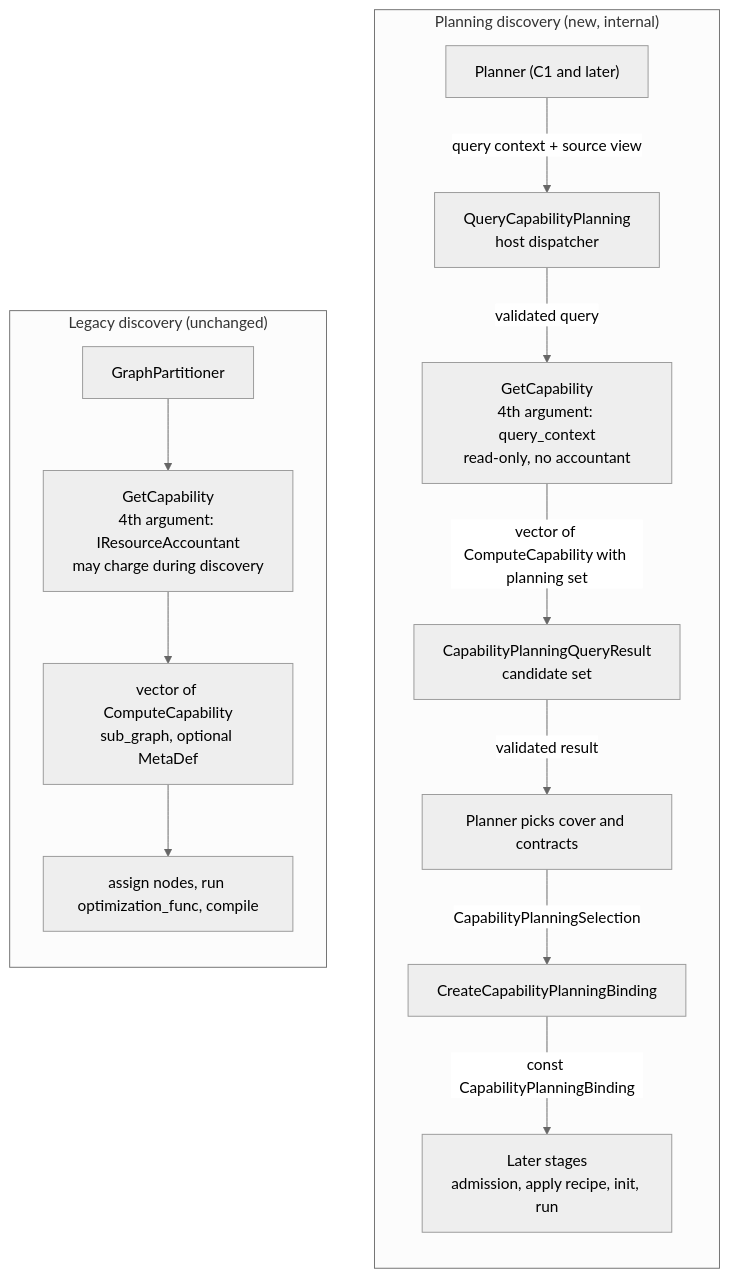
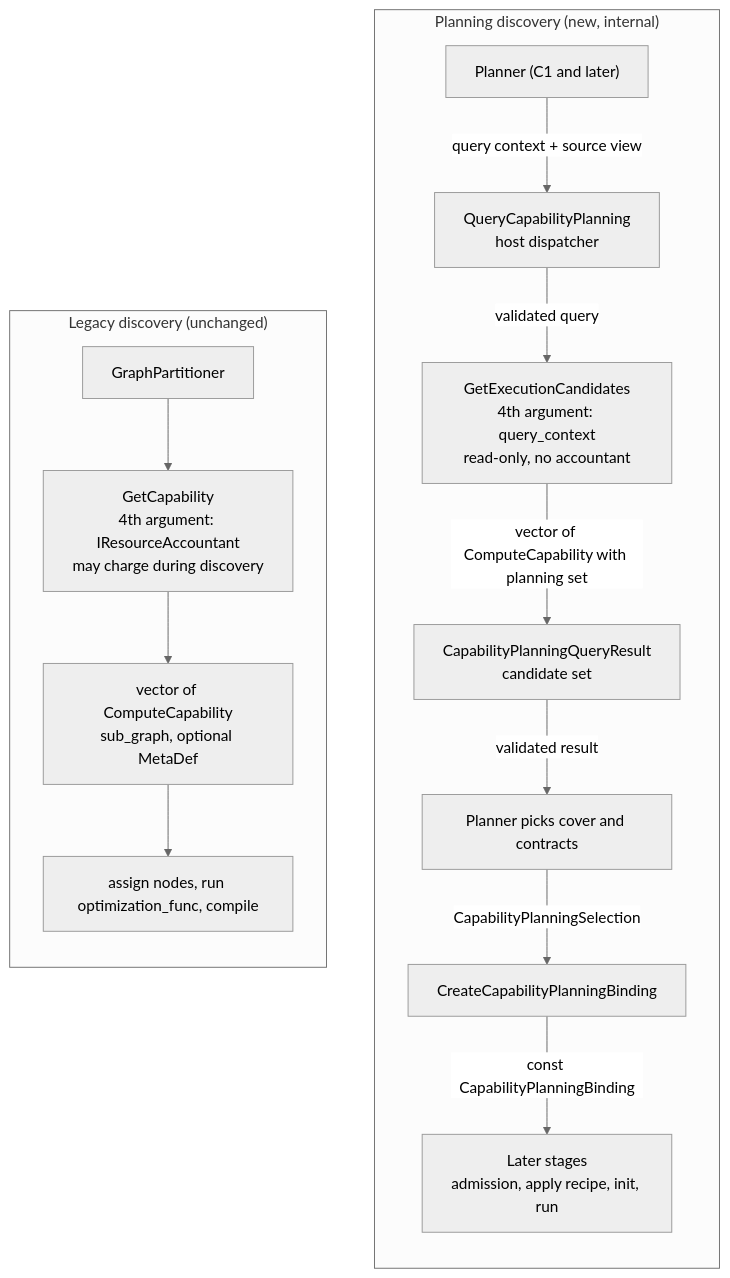
One commit to microsoft/onnxruntime changed the first of 7 diagrams in docs/annotated_partitioning/capability_planning_interfaces.md. Above: the diagram before and after it, drawn with Mermaid (neutral theme). The commit also changed other lines of this file and 1 other file, not shown here.

````diff
--- a/docs/annotated_partitioning/capability_planning_interfaces.md
+++ b/docs/annotated_partitioning/capability_planning_interfaces.md
@@ -115,21 +124,21 @@
 ```mermaid
 flowchart LR
   subgraph LEG["Legacy discovery (unchanged)"]
     direction TB
     L1["GraphPartitioner"]
     L2["GetCapability<br/>4th argument: IResourceAccountant<br/>may charge during discovery"]
     L1 --> L2
     L2 --> L3["vector of ComputeCapability<br/>sub_graph, optional MetaDef"]
     L3 --> L4["assign nodes, run optimization_func, compile"]
   end
   subgraph PLN["Planning discovery (new, internal)"]
     direction TB
     P1["Planner (C1 and later)"] -->|"query context + source view"| P2["QueryCapabilityPlanning<br/>host dispatcher"]
-    P2 -->|"validated query"| P3["GetCapability<br/>4th argument: query_context<br/>read-only, no accountant"]
+    P2 -->|"validated query"| P3["GetExecutionCandidates<br/>4th argument: query_context<br/>read-only, no accountant"]
     P3 -->|"vector of ComputeCapability with planning set"| P4["CapabilityPlanningQueryResult<br/>candidate set"]
     P4 -->|"validated result"| P5["Planner picks cover and contracts"]
     P5 -->|"CapabilityPlanningSelection"| P6["CreateCapabilityPlanningBinding"]
     P6 -->|"const CapabilityPlanningBinding"| P7["Later stages<br/>admission, apply recipe, init, run"]
   end
   LEG ~~~ PLN
 ```
````
